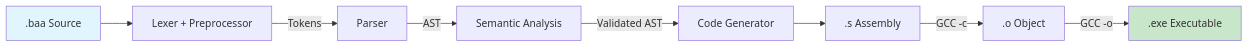
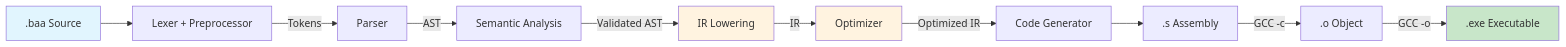
One commit to OmarAglan/Baa changed the first of 2 diagrams in docs/INTERNALS.md. Above: the diagram before and after it, drawn with Mermaid. The commit also changed other lines of this file and 6 other files, not shown here.

````diff
--- a/docs/INTERNALS.md
+++ b/docs/INTERNALS.md
@@ -32,13 +33,17 @@
 ```mermaid
 flowchart LR
     A[".baa Source"] --> B["Lexer + Preprocessor"]
     B -->|Tokens| C["Parser"]
     C -->|AST| D["Semantic Analysis"]
-    D -->|Validated AST| E["Code Generator"]
-    E --> F[".s Assembly"]
-    F -->|GCC -c| G[".o Object"]
-    G -->|GCC -o| H[".exe Executable"]
+    D -->|Validated AST| E["IR Lowering"]
+    E -->|IR| F["Optimizer"]
+    F -->|Optimized IR| G["Code Generator"]
+    G --> H[".s Assembly"]
+    H -->|GCC -c| I[".o Object"]
+    I -->|GCC -o| J[".exe Executable"]
     
     style A fill:#e1f5fe
-    style H fill:#c8e6c9
+    style J fill:#c8e6c9
+    style E fill:#fff3e0
+    style F fill:#fff3e0
 ```
````
